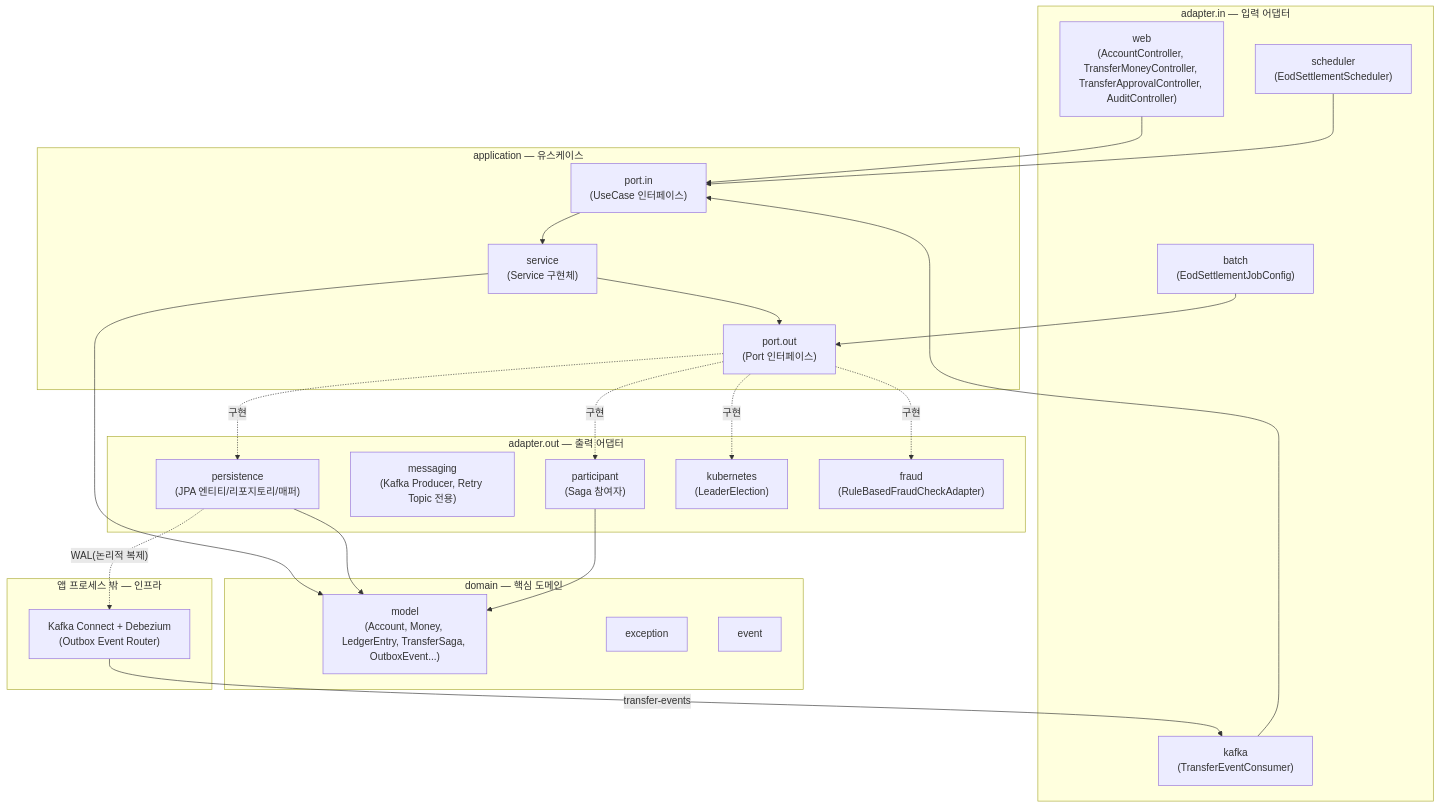
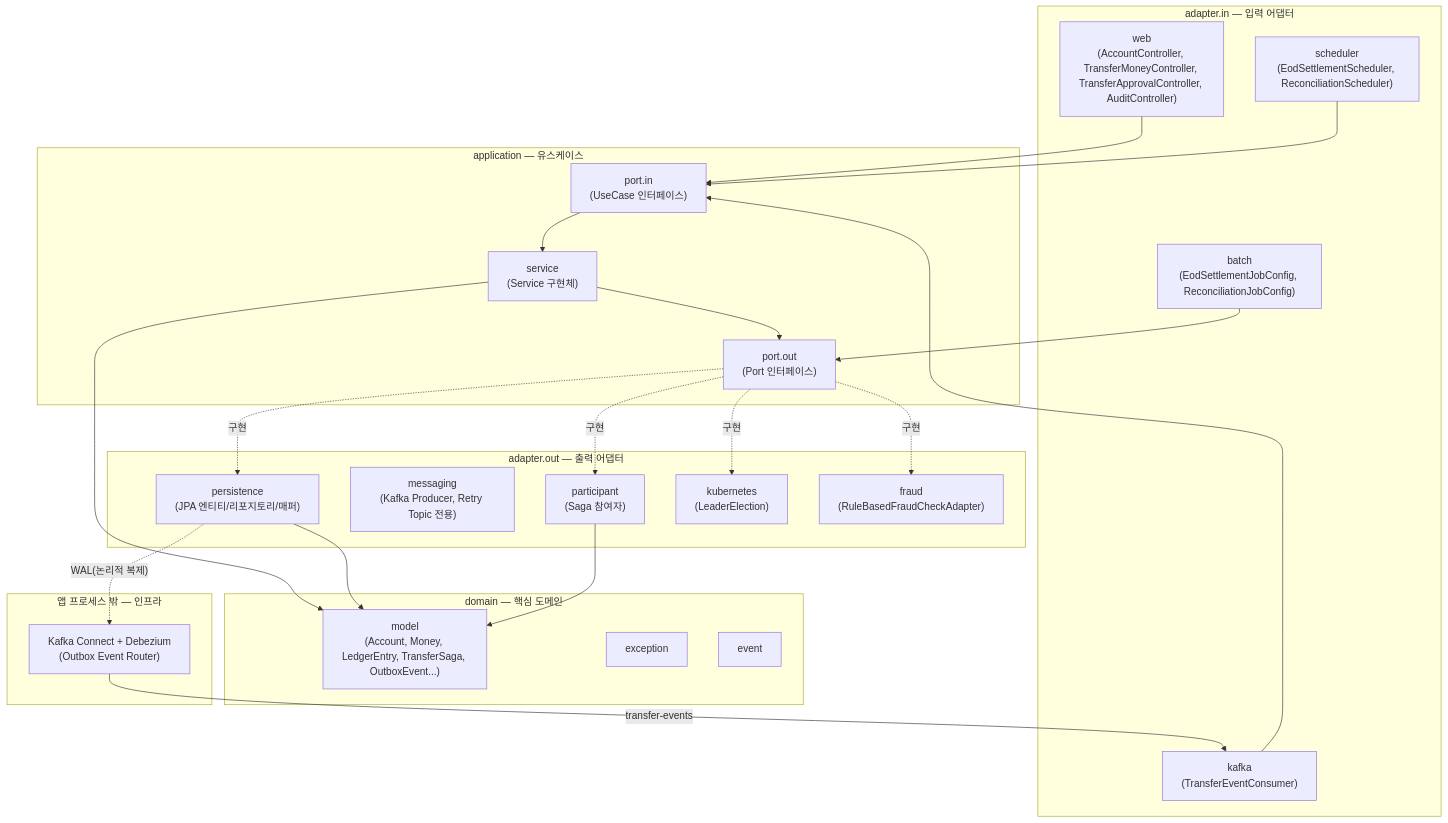
Before and after one commit to farmer0010/fbrl-backend: the diagram in README.md, drawn with Mermaid. The commit also changed other lines of this file and 2 other files, not shown here.

Commit message:
docs: EOD 정산 대사(Reconciliation) 엔진(과제 22) 내용을 PROGRESS/ARCHITECTURE/README에 반영
trial balance와의 중복 조사, 대사 대상/스냅샷 특정/불일치 처리/배치 위치 설계 결정,
청크 배치 쿼리 재설계(GROUP BY 집계, Money 음수 제약), asOf non-identifying 파라미터,
expectedBalance 계산 버그(totalBalance→closingBalance) 발견 및 수정까지 기존 과제
문서화 템플릿(과제 21 등)과 동일한 형식으로 기록.

````diff
--- a/README.md
+++ b/README.md
@@ -25,53 +25,53 @@
 ```mermaid
 graph TB
     subgraph adapter_in["adapter.in — 입력 어댑터"]
         WEB["web<br/>(AccountController, TransferMoneyController, TransferApprovalController, AuditController)"]
         KAFKA_IN["kafka<br/>(TransferEventConsumer)"]
-        BATCH["batch<br/>(EodSettlementJobConfig)"]
-        SCHED["scheduler<br/>(EodSettlementScheduler)"]
+        BATCH["batch<br/>(EodSettlementJobConfig, ReconciliationJobConfig)"]
+        SCHED["scheduler<br/>(EodSettlementScheduler, ReconciliationScheduler)"]
     end
 
     subgraph application["application — 유스케이스"]
         PORT_IN["port.in<br/>(UseCase 인터페이스)"]
         SERVICE["service<br/>(Service 구현체)"]
         PORT_OUT["port.out<br/>(Port 인터페이스)"]
     end
 
     subgraph domain["domain — 핵심 도메인"]
         MODEL["model<br/>(Account, Money, LedgerEntry, TransferSaga, OutboxEvent...)"]
         EXC["exception"]
         EVENT["event"]
     end
 
     subgraph adapter_out["adapter.out — 출력 어댑터"]
         PERSIST["persistence<br/>(JPA 엔티티/리포지토리/매퍼)"]
         MSG["messaging<br/>(Kafka Producer, Retry Topic 전용)"]
         PARTICIPANT["participant<br/>(Saga 참여자)"]
         K8S["kubernetes<br/>(LeaderElection)"]
         FRAUD["fraud<br/>(RuleBasedFraudCheckAdapter)"]
     end
 
     subgraph external_infra["앱 프로세스 밖 — 인프라"]
         CDC["Kafka Connect + Debezium<br/>(Outbox Event Router)"]
     end
 
     WEB --> PORT_IN
     KAFKA_IN --> PORT_IN
     BATCH --> PORT_OUT
     SCHED --> PORT_IN
 
     PORT_IN --> SERVICE
     SERVICE --> MODEL
     SERVICE --> PORT_OUT
 
     PORT_OUT -.구현.-> PERSIST
     PORT_OUT -.구현.-> PARTICIPANT
     PORT_OUT -.구현.-> K8S
     PORT_OUT -.구현.-> FRAUD
 
     PERSIST --> MODEL
     PARTICIPANT --> MODEL
 
     PERSIST -. "WAL(논리적 복제)" .-> CDC
     CDC -- "transfer-events" --> KAFKA_IN
 ```
````
